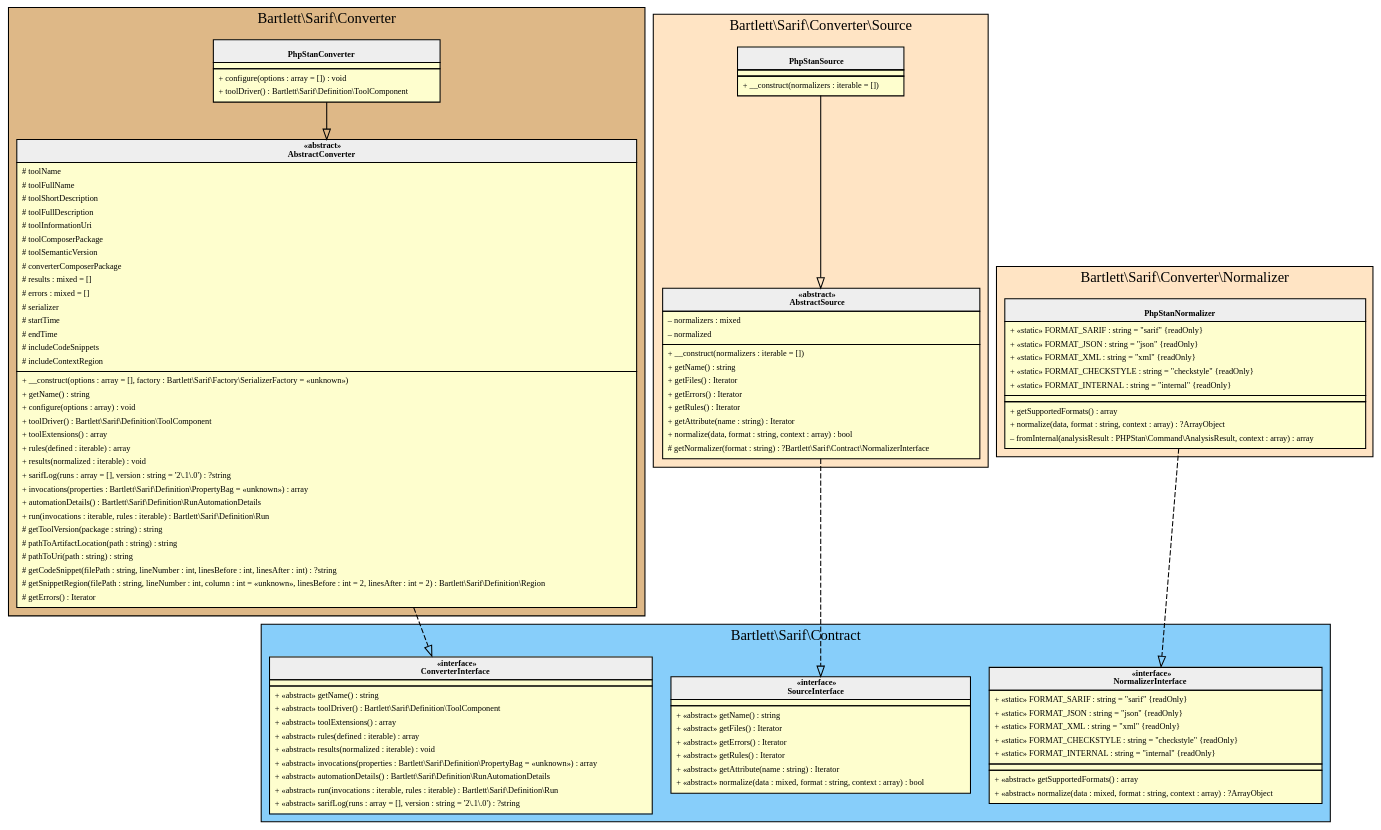
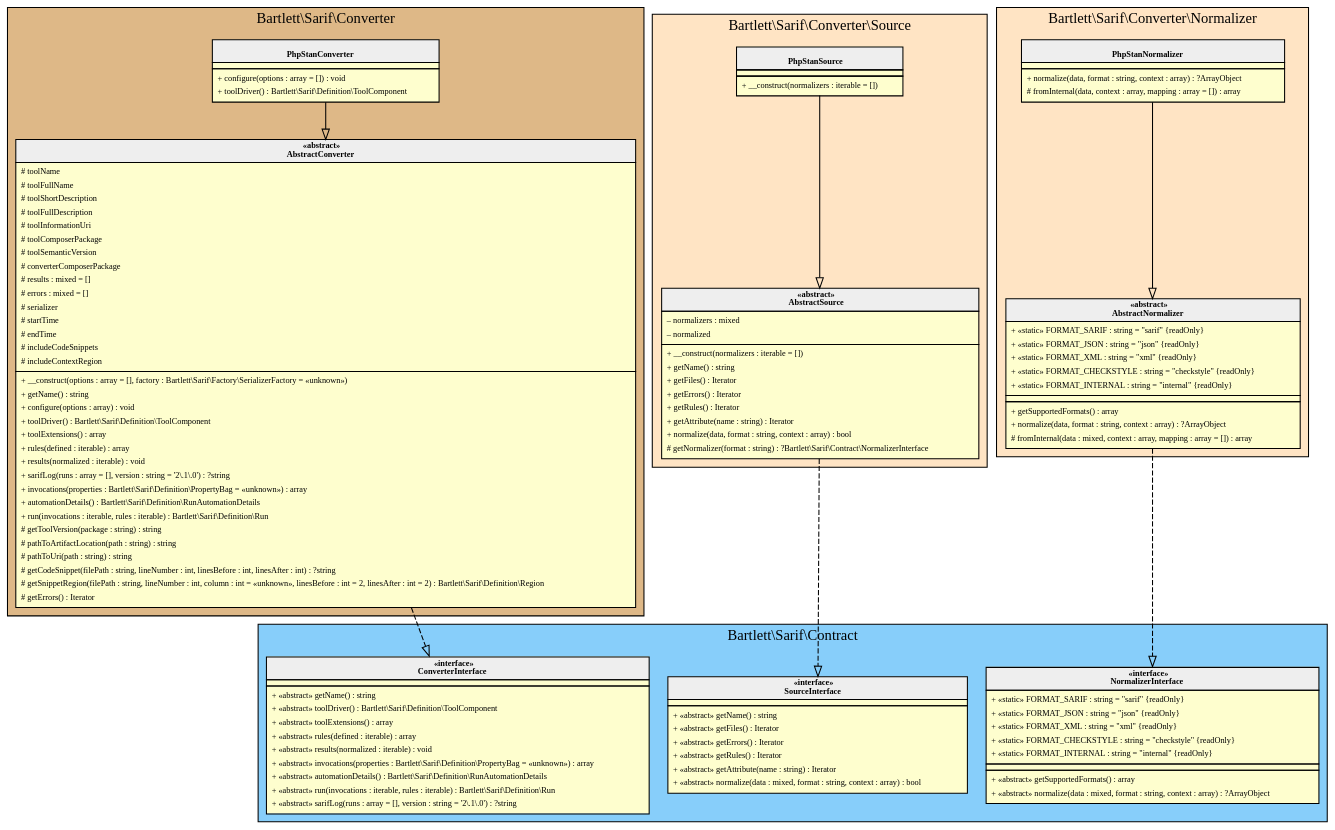
Before and after one commit to llaville/sarif-php-converters: the diagram in 1.0/assets/images/converter-phpstan.html.gv, drawn with Graphviz. The commit also changed 26 other files, not shown here.

```diff
--- a/1.0/assets/images/converter-phpstan.html.gv
+++ b/1.0/assets/images/converter-phpstan.html.gv
@@ -1,163 +1,173 @@
 digraph {
   graph [name="G" overlap="false" rankdir="TB" bgcolor="transparent"]
   node [fontname="Verdana" fontsize=8 shape="none" margin=0 fillcolor="#FEFECE" style="filled"]
   edge [fontname="Verdana" fontsize=8]
   subgraph cluster_0 {
     graph [bgcolor="BurlyWood"]
     label = "Bartlett\\Sarif\\Converter"
     "Bartlett\\Sarif\\Converter\\PhpStanConverter" [shape="none" label=<
 <table cellspacing="0" border="0" cellborder="1">
     <tr><td bgcolor="#eeeeee"><b><br/>PhpStanConverter</b></td></tr>
     <tr><td></td></tr>
     <tr><td><table border="0" cellspacing="0" cellpadding="2">
     <tr><td align="left">+ configure(options : array = []) : void</td></tr>
     <tr><td align="left">+ toolDriver() : Bartlett\\Sarif\\Definition\\ToolComponent</td></tr>
 </table></td></tr>
 </table>>]
     "Bartlett\\Sarif\\Converter\\AbstractConverter" [shape="none" label=<
 <table cellspacing="0" border="0" cellborder="1">
     <tr><td bgcolor="#eeeeee"><b>«abstract»<br/>AbstractConverter</b></td></tr>
     <tr><td><table border="0" cellspacing="0" cellpadding="2">
     <tr><td align="left"># toolName</td></tr>
     <tr><td align="left"># toolFullName</td></tr>
     <tr><td align="left"># toolShortDescription</td></tr>
     <tr><td align="left"># toolFullDescription</td></tr>
     <tr><td align="left"># toolInformationUri</td></tr>
     <tr><td align="left"># toolComposerPackage</td></tr>
     <tr><td align="left"># toolSemanticVersion</td></tr>
     <tr><td align="left"># converterComposerPackage</td></tr>
     <tr><td align="left"># results : mixed = []</td></tr>
     <tr><td align="left"># errors : mixed = []</td></tr>
     <tr><td align="left"># serializer</td></tr>
     <tr><td align="left"># startTime</td></tr>
     <tr><td align="left"># endTime</td></tr>
     <tr><td align="left"># includeCodeSnippets</td></tr>
     <tr><td align="left"># includeContextRegion</td></tr>
 </table></td></tr>
     <tr><td><table border="0" cellspacing="0" cellpadding="2">
     <tr><td align="left">+ __construct(options : array = [], factory : Bartlett\\Sarif\\Factory\\SerializerFactory = «unknown»)</td></tr>
     <tr><td align="left">+ getName() : string</td></tr>
     <tr><td align="left">+ configure(options : array) : void</td></tr>
     <tr><td align="left">+ toolDriver() : Bartlett\\Sarif\\Definition\\ToolComponent</td></tr>
     <tr><td align="left">+ toolExtensions() : array</td></tr>
     <tr><td align="left">+ rules(defined : iterable) : array</td></tr>
     <tr><td align="left">+ results(normalized : iterable) : void</td></tr>
     <tr><td align="left">+ sarifLog(runs : array = [], version : string = '2\.1\.0') : ?string</td></tr>
     <tr><td align="left">+ invocations(properties : Bartlett\\Sarif\\Definition\\PropertyBag = «unknown») : array</td></tr>
     <tr><td align="left">+ automationDetails() : Bartlett\\Sarif\\Definition\\RunAutomationDetails</td></tr>
     <tr><td align="left">+ run(invocations : iterable, rules : iterable) : Bartlett\\Sarif\\Definition\\Run</td></tr>
     <tr><td align="left"># getToolVersion(package : string) : string</td></tr>
     <tr><td align="left"># pathToArtifactLocation(path : string) : string</td></tr>
     <tr><td align="left"># pathToUri(path : string) : string</td></tr>
     <tr><td align="left"># getCodeSnippet(filePath : string, lineNumber : int, linesBefore : int, linesAfter : int) : ?string</td></tr>
     <tr><td align="left"># getSnippetRegion(filePath : string, lineNumber : int, column : int = «unknown», linesBefore : int = 2, linesAfter : int = 2) : Bartlett\\Sarif\\Definition\\Region</td></tr>
     <tr><td align="left"># getErrors() : Iterator</td></tr>
 </table></td></tr>
 </table>>]
   }
   subgraph cluster_1 {
     graph [bgcolor="LightSkyBlue"]
     label = "Bartlett\\Sarif\\Contract"
     "Bartlett\\Sarif\\Contract\\ConverterInterface" [shape="none" label=<
 <table cellspacing="0" border="0" cellborder="1">
     <tr><td bgcolor="#eeeeee"><b>«interface»<br/>ConverterInterface</b></td></tr>
     <tr><td></td></tr>
     <tr><td><table border="0" cellspacing="0" cellpadding="2">
     <tr><td align="left">+ «abstract» getName() : string</td></tr>
     <tr><td align="left">+ «abstract» toolDriver() : Bartlett\\Sarif\\Definition\\ToolComponent</td></tr>
     <tr><td align="left">+ «abstract» toolExtensions() : array</td></tr>
     <tr><td align="left">+ «abstract» rules(defined : iterable) : array</td></tr>
     <tr><td align="left">+ «abstract» results(normalized : iterable) : void</td></tr>
     <tr><td align="left">+ «abstract» invocations(properties : Bartlett\\Sarif\\Definition\\PropertyBag = «unknown») : array</td></tr>
     <tr><td align="left">+ «abstract» automationDetails() : Bartlett\\Sarif\\Definition\\RunAutomationDetails</td></tr>
     <tr><td align="left">+ «abstract» run(invocations : iterable, rules : iterable) : Bartlett\\Sarif\\Definition\\Run</td></tr>
     <tr><td align="left">+ «abstract» sarifLog(runs : array = [], version : string = '2\.1\.0') : ?string</td></tr>
 </table></td></tr>
 </table>>]
     "Bartlett\\Sarif\\Contract\\SourceInterface" [shape="none" label=<
 <table cellspacing="0" border="0" cellborder="1">
     <tr><td bgcolor="#eeeeee"><b>«interface»<br/>SourceInterface</b></td></tr>
     <tr><td></td></tr>
     <tr><td><table border="0" cellspacing="0" cellpadding="2">
     <tr><td align="left">+ «abstract» getName() : string</td></tr>
     <tr><td align="left">+ «abstract» getFiles() : Iterator</td></tr>
     <tr><td align="left">+ «abstract» getErrors() : Iterator</td></tr>
     <tr><td align="left">+ «abstract» getRules() : Iterator</td></tr>
     <tr><td align="left">+ «abstract» getAttribute(name : string) : Iterator</td></tr>
     <tr><td align="left">+ «abstract» normalize(data : mixed, format : string, context : array) : bool</td></tr>
 </table></td></tr>
 </table>>]
     "Bartlett\\Sarif\\Contract\\NormalizerInterface" [shape="none" label=<
 <table cellspacing="0" border="0" cellborder="1">
     <tr><td bgcolor="#eeeeee"><b>«interface»<br/>NormalizerInterface</b></td></tr>
     <tr><td><table border="0" cellspacing="0" cellpadding="2">
     <tr><td align="left">+ «static» FORMAT_SARIF : string = "sarif" {readOnly}</td></tr>
     <tr><td align="left">+ «static» FORMAT_JSON : string = "json" {readOnly}</td></tr>
     <tr><td align="left">+ «static» FORMAT_XML : string = "xml" {readOnly}</td></tr>
     <tr><td align="left">+ «static» FORMAT_CHECKSTYLE : string = "checkstyle" {readOnly}</td></tr>
     <tr><td align="left">+ «static» FORMAT_INTERNAL : string = "internal" {readOnly}</td></tr>
 </table></td></tr>
     <tr><td></td></tr>
     <tr><td><table border="0" cellspacing="0" cellpadding="2">
     <tr><td align="left">+ «abstract» getSupportedFormats() : array</td></tr>
     <tr><td align="left">+ «abstract» normalize(data : mixed, format : string, context : array) : ?ArrayObject</td></tr>
 </table></td></tr>
 </table>>]
   }
   subgraph cluster_2 {
     graph [bgcolor="Bisque"]
     label = "Bartlett\\Sarif\\Converter\\Source"
     "Bartlett\\Sarif\\Converter\\Source\\PhpStanSource" [shape="none" label=<
 <table cellspacing="0" border="0" cellborder="1">
     <tr><td bgcolor="#eeeeee"><b><br/>PhpStanSource</b></td></tr>
     <tr><td></td></tr>
     <tr><td><table border="0" cellspacing="0" cellpadding="2">
     <tr><td align="left">+ __construct(normalizers : iterable = [])</td></tr>
 </table></td></tr>
 </table>>]
     "Bartlett\\Sarif\\Converter\\Source\\AbstractSource" [shape="none" label=<
 <table cellspacing="0" border="0" cellborder="1">
     <tr><td bgcolor="#eeeeee"><b>«abstract»<br/>AbstractSource</b></td></tr>
     <tr><td><table border="0" cellspacing="0" cellpadding="2">
     <tr><td align="left">– normalizers : mixed</td></tr>
     <tr><td align="left">– normalized</td></tr>
 </table></td></tr>
     <tr><td><table border="0" cellspacing="0" cellpadding="2">
     <tr><td align="left">+ __construct(normalizers : iterable = [])</td></tr>
     <tr><td align="left">+ getName() : string</td></tr>
     <tr><td align="left">+ getFiles() : Iterator</td></tr>
     <tr><td align="left">+ getErrors() : Iterator</td></tr>
     <tr><td align="left">+ getRules() : Iterator</td></tr>
     <tr><td align="left">+ getAttribute(name : string) : Iterator</td></tr>
     <tr><td align="left">+ normalize(data, format : string, context : array) : bool</td></tr>
     <tr><td align="left"># getNormalizer(format : string) : ?Bartlett\\Sarif\\Contract\\NormalizerInterface</td></tr>
 </table></td></tr>
 </table>>]
   }
   subgraph cluster_3 {
     graph [bgcolor="Bisque"]
     label = "Bartlett\\Sarif\\Converter\\Normalizer"
     "Bartlett\\Sarif\\Converter\\Normalizer\\PhpStanNormalizer" [shape="none" label=<
 <table cellspacing="0" border="0" cellborder="1">
     <tr><td bgcolor="#eeeeee"><b><br/>PhpStanNormalizer</b></td></tr>
+    <tr><td></td></tr>
+    <tr><td><table border="0" cellspacing="0" cellpadding="2">
+    <tr><td align="left">+ normalize(data, format : string, context : array) : ?ArrayObject</td></tr>
+    <tr><td align="left"># fromInternal(data, context : array, mapping : array = []) : array</td></tr>
+</table></td></tr>
+</table>>]
+    "Bartlett\\Sarif\\Converter\\Normalizer\\AbstractNormalizer" [shape="none" label=<
+<table cellspacing="0" border="0" cellborder="1">
+    <tr><td bgcolor="#eeeeee"><b>«abstract»<br/>AbstractNormalizer</b></td></tr>
     <tr><td><table border="0" cellspacing="0" cellpadding="2">
     <tr><td align="left">+ «static» FORMAT_SARIF : string = "sarif" {readOnly}</td></tr>
     <tr><td align="left">+ «static» FORMAT_JSON : string = "json" {readOnly}</td></tr>
     <tr><td align="left">+ «static» FORMAT_XML : string = "xml" {readOnly}</td></tr>
     <tr><td align="left">+ «static» FORMAT_CHECKSTYLE : string = "checkstyle" {readOnly}</td></tr>
     <tr><td align="left">+ «static» FORMAT_INTERNAL : string = "internal" {readOnly}</td></tr>
 </table></td></tr>
     <tr><td></td></tr>
     <tr><td><table border="0" cellspacing="0" cellpadding="2">
     <tr><td align="left">+ getSupportedFormats() : array</td></tr>
     <tr><td align="left">+ normalize(data, format : string, context : array) : ?ArrayObject</td></tr>
-    <tr><td align="left">– fromInternal(analysisResult : PHPStan\\Command\\AnalysisResult, context : array) : array</td></tr>
+    <tr><td align="left"># fromInternal(data : mixed, context : array, mapping : array = []) : array</td></tr>
 </table></td></tr>
 </table>>]
   }
   "Bartlett\\Sarif\\Converter\\AbstractConverter" -> "Bartlett\\Sarif\\Contract\\ConverterInterface" [arrowhead="empty" style="dashed"]
   "Bartlett\\Sarif\\Converter\\PhpStanConverter" -> "Bartlett\\Sarif\\Converter\\AbstractConverter" [arrowhead="empty" style="filled"]
   "Bartlett\\Sarif\\Converter\\Source\\AbstractSource" -> "Bartlett\\Sarif\\Contract\\SourceInterface" [arrowhead="empty" style="dashed"]
   "Bartlett\\Sarif\\Converter\\Source\\PhpStanSource" -> "Bartlett\\Sarif\\Converter\\Source\\AbstractSource" [arrowhead="empty" style="filled"]
-  "Bartlett\\Sarif\\Converter\\Normalizer\\PhpStanNormalizer" -> "Bartlett\\Sarif\\Contract\\NormalizerInterface" [arrowhead="empty" style="dashed"]
+  "Bartlett\\Sarif\\Converter\\Normalizer\\AbstractNormalizer" -> "Bartlett\\Sarif\\Contract\\NormalizerInterface" [arrowhead="empty" style="dashed"]
+  "Bartlett\\Sarif\\Converter\\Normalizer\\PhpStanNormalizer" -> "Bartlett\\Sarif\\Converter\\Normalizer\\AbstractNormalizer" [arrowhead="empty" style="filled"]
 }
```
